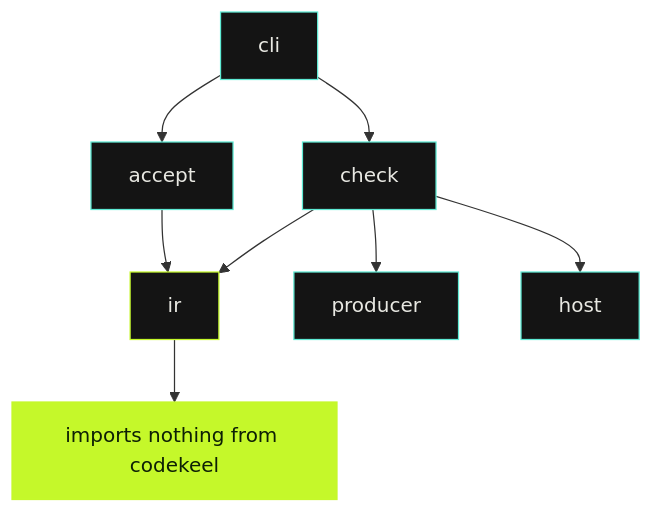
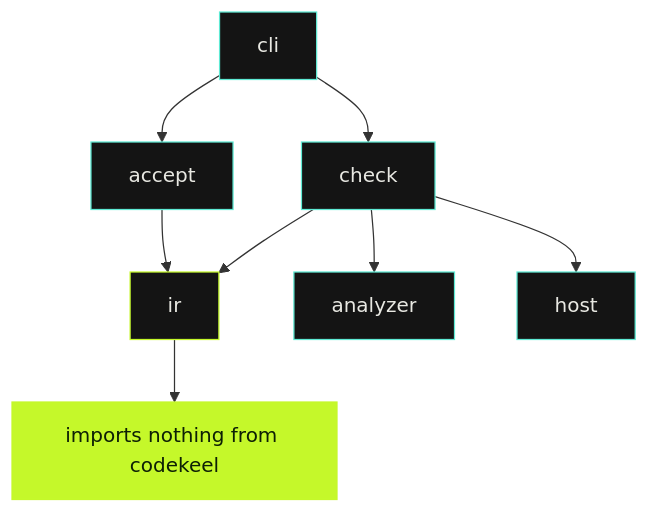
The third of 3 diagrams in README.md (rapiddweller/archkeel), drawn with Mermaid before and after one commit. The commit also changed other lines of this file and 33 other files, not shown here.

````diff
--- a/README.md
+++ b/README.md
@@ -267,18 +263,18 @@
 ```mermaid
 flowchart TB
     CLI["cli"] --> CHECK["check"]
     CLI --> ACCEPT["accept"]
     CHECK --> IR["ir"]
-    CHECK --> PRODUCER["producer"]
+    CHECK --> PRODUCER["analyzer"]
     CHECK --> HOST["host"]
     ACCEPT --> IR
     IR --> RULE["imports nothing from codekeel"]
 
     classDef module fill:#141414,stroke:#5EEAD4,color:#E8E8E2
     classDef core fill:#141414,stroke:#C5F82A,color:#E8E8E2
     classDef invariant fill:#C5F82A,stroke:#C5F82A,color:#0D1F05
 
     class CLI,CHECK,ACCEPT,PRODUCER,HOST module
     class IR core
     class RULE invariant
 ```
````
